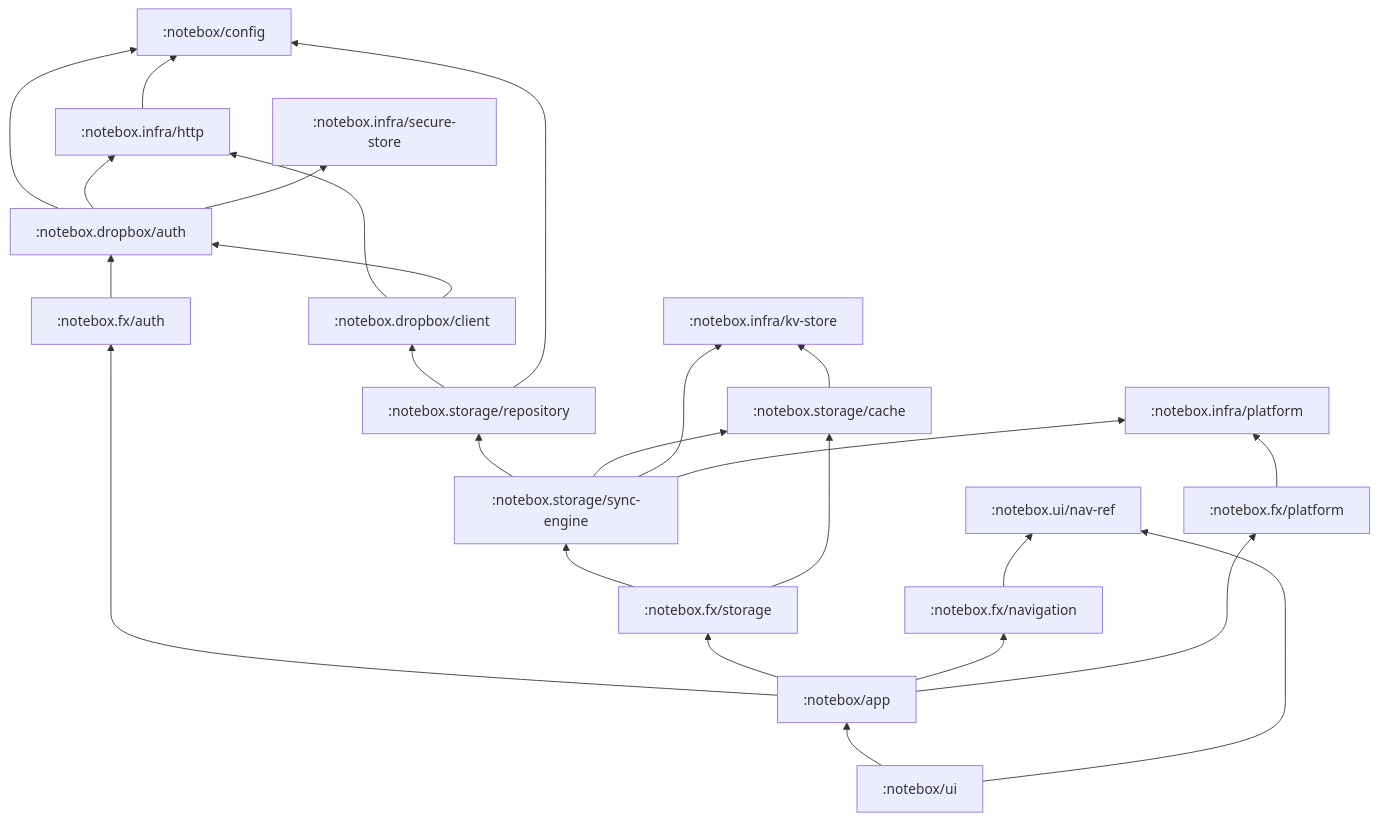
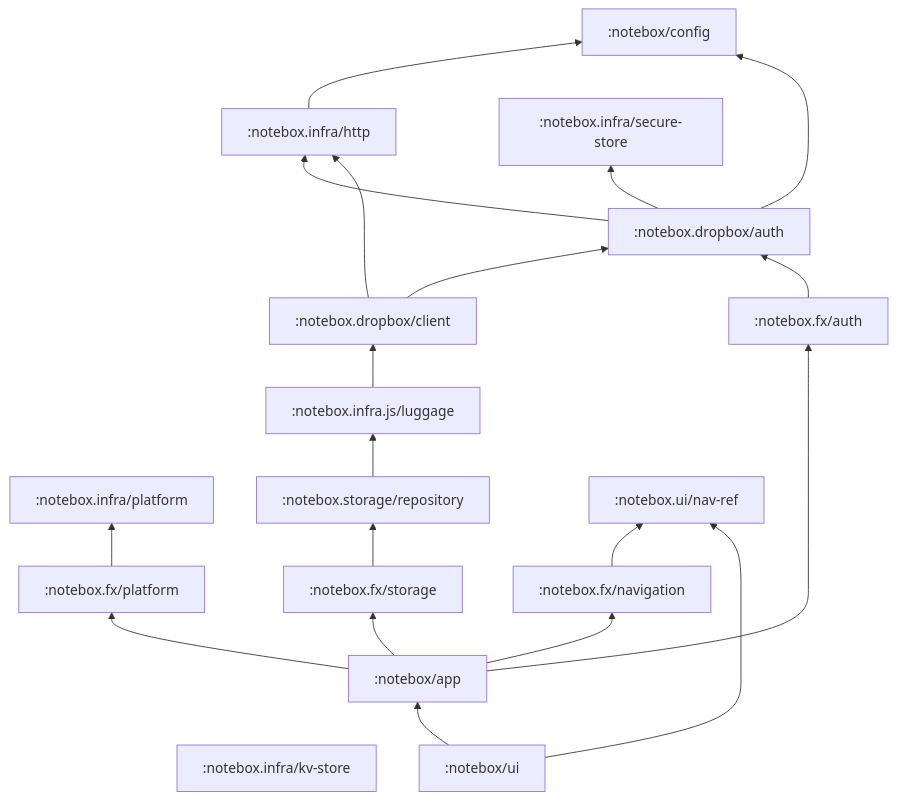
One commit to dra1n/notebox-mobile changed the diagram in spec/roadmap.md. Above: the diagram before and after it, drawn with Mermaid. The commit also changed other lines of this file and 24 other files, not shown here.

First line of the commit message:
Phase 3: storage through Luggage

````diff
--- a/spec/roadmap.md
+++ b/spec/roadmap.md
@@ -270,20 +283,19 @@
 ```mermaid
 graph BT
   config[:notebox/config]
   http[:notebox.infra/http] --> config
   secure[:notebox.infra/secure-store]
   kv[:notebox.infra/kv-store]
   net[:notebox.infra/platform]
   auth[:notebox.dropbox/auth] --> config & http & secure
   client[:notebox.dropbox/client] --> http & auth
-  repo[:notebox.storage/repository] --> client & config
-  cache[:notebox.storage/cache] --> kv
-  sync[:notebox.storage/sync-engine] --> repo & cache & kv & net
+  luggage[:notebox.infra.js/luggage] --> client
+  repo[:notebox.storage/repository] --> luggage
   navref[:notebox.ui/nav-ref]
   fxauth[:notebox.fx/auth] --> auth
-  fxstore[:notebox.fx/storage] --> sync & cache
+  fxstore[:notebox.fx/storage] --> repo
   fxnav[:notebox.fx/navigation] --> navref
   fxplat[:notebox.fx/platform] --> net
   app[:notebox/app] --> fxauth & fxstore & fxnav & fxplat
   ui[:notebox/ui] --> app & navref
 ```
````
